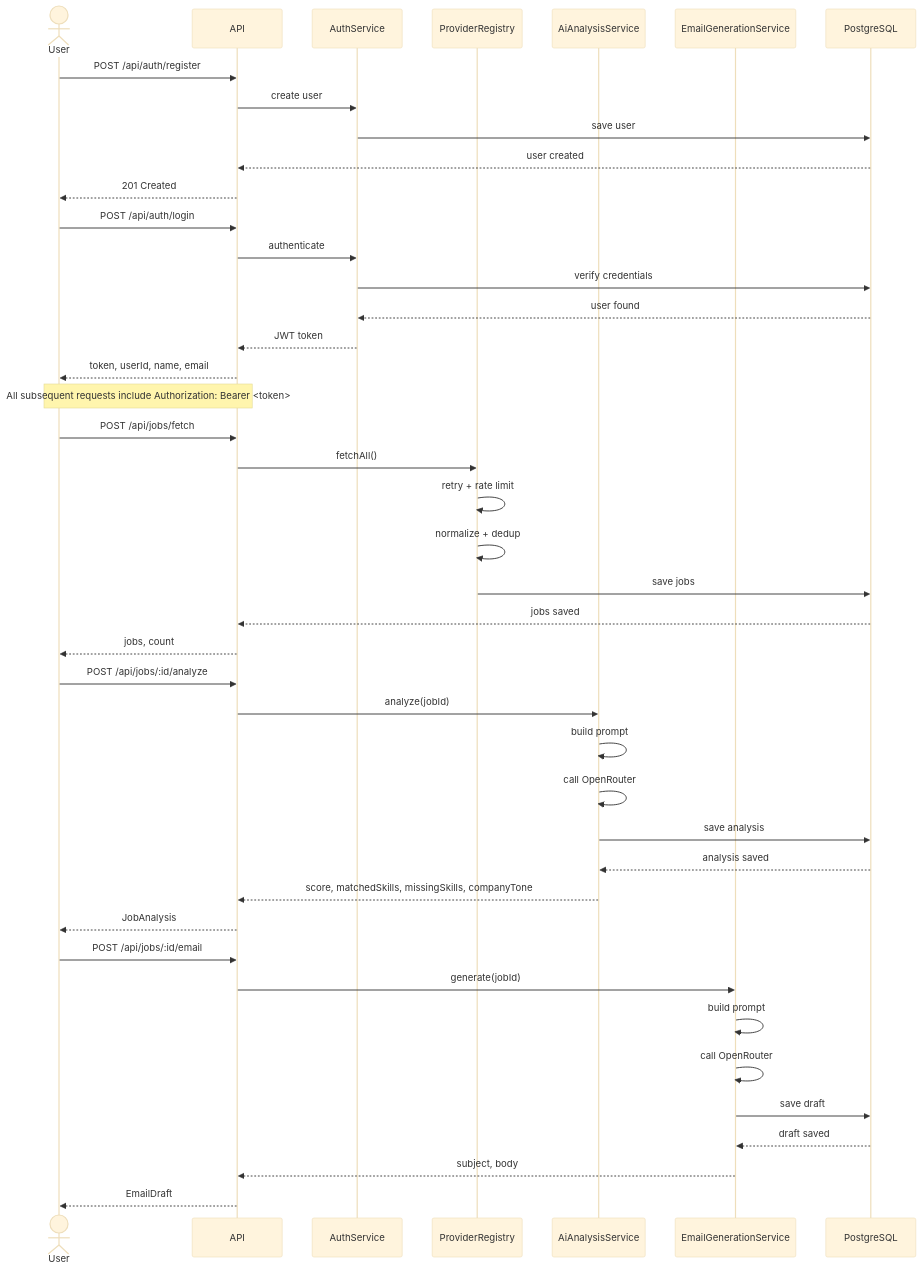
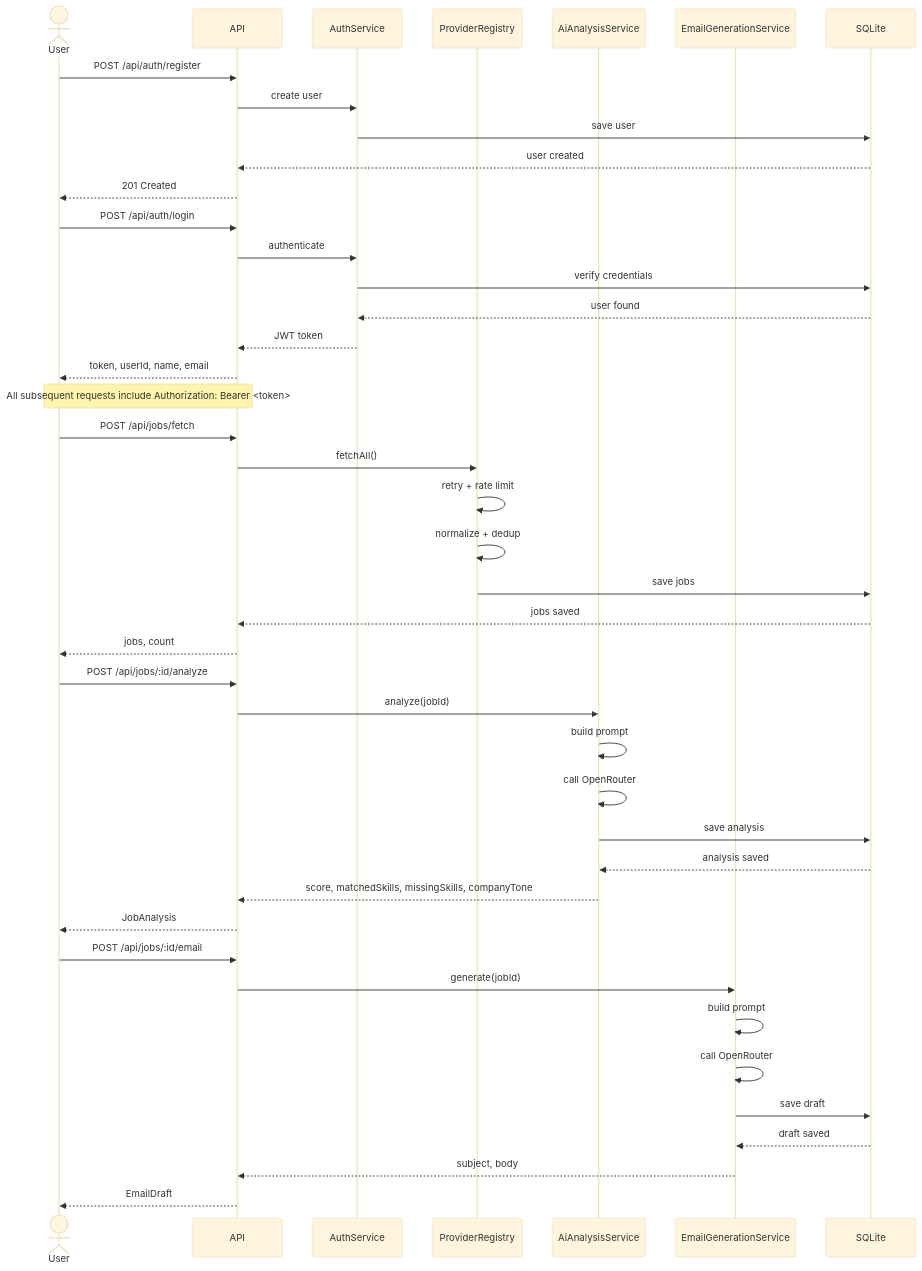
The second of 5 diagrams in README.md (Uzzoper/job-hunter), drawn with Mermaid (base theme) before and after one commit. The commit also changed other lines of this file and 2 other files, not shown here.

Commit message:
docs: update readme and agents guide for sqlite

````diff
--- a/README.md
+++ b/README.md
@@ -109,51 +109,51 @@
 ```mermaid
 sequenceDiagram
     actor User
     participant API
     participant Auth as AuthService
     participant Scraper as ProviderRegistry
     participant AI as AiAnalysisService
     participant Email as EmailGenerationService
-    participant DB as PostgreSQL
+    participant DB as SQLite
 
     User ->> API: POST /api/auth/register
     API ->> Auth: create user
     Auth ->> DB: save user
     DB -->> API: user created
     API -->> User: 201 Created
 
     User ->> API: POST /api/auth/login
     API ->> Auth: authenticate
     Auth ->> DB: verify credentials
     DB -->> Auth: user found
     Auth -->> API: JWT token
     API -->> User: token, userId, name, email
 
     Note over User,API: All subsequent requests include Authorization: Bearer <token>
 
     User ->> API: POST /api/jobs/fetch
     API ->> Scraper: fetchAll()
     Scraper ->> Scraper: retry + rate limit
     Scraper ->> Scraper: normalize + dedup
     Scraper ->> DB: save jobs
     DB -->> API: jobs saved
     API -->> User: jobs, count
 
     User ->> API: POST /api/jobs/:id/analyze
     API ->> AI: analyze(jobId)
     AI ->> AI: build prompt
     AI ->> AI: call OpenRouter
     AI ->> DB: save analysis
     DB -->> AI: analysis saved
     AI -->> API: score, matchedSkills, missingSkills, companyTone
     API -->> User: JobAnalysis
 
     User ->> API: POST /api/jobs/:id/email
     API ->> Email: generate(jobId)
     Email ->> Email: build prompt
     Email ->> Email: call OpenRouter
     Email ->> DB: save draft
     DB -->> Email: draft saved
     Email -->> API: subject, body
     API -->> User: EmailDraft
 ```
````
